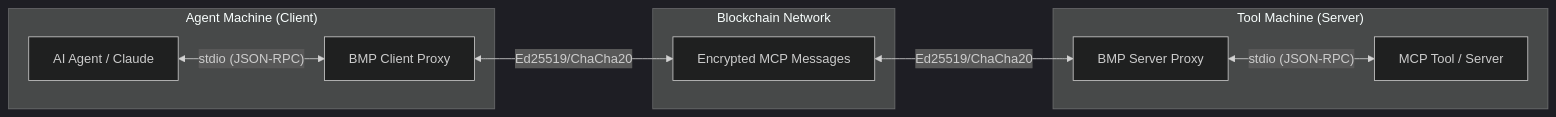
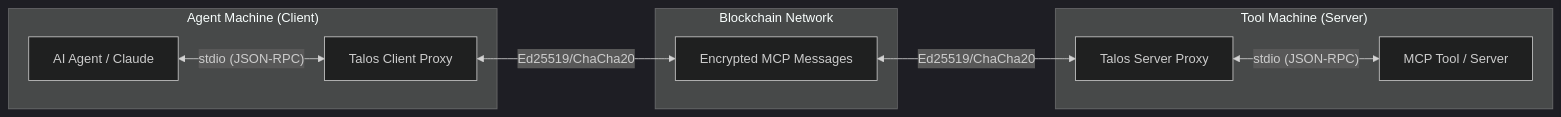
Before and after one commit to talosprotocol/talos: the diagram in docs/wiki/MCP-Integration.md, drawn with Mermaid (dark theme). The commit also changed other lines of this file and 8 other files, not shown here.

Commit message:
refactor: Rebrand Blockchain Messaging Protocol (BMP) to Talos and update project version to 2.0.6.

````diff
--- a/docs/wiki/MCP-Integration.md
+++ b/docs/wiki/MCP-Integration.md
@@ -14,21 +14,21 @@
 ```mermaid
 graph LR
     subgraph "Agent Machine (Client)"
         Agent[AI Agent / Claude]
-        CP[BMP Client Proxy]
+        CP[Talos Client Proxy]
     end
     
     subgraph "Blockchain Network"
         Msg[Encrypted MCP Messages]
     end
     
     subgraph "Tool Machine (Server)"
-        SP[BMP Server Proxy]
+        SP[Talos Server Proxy]
         Tool[MCP Tool / Server]
     end
     
     Agent <-->|"stdio (JSON-RPC)"| CP
     CP <-->|"Ed25519/ChaCha20"| Msg
     Msg <-->|"Ed25519/ChaCha20"| SP
     SP <-->|"stdio (JSON-RPC)"| Tool
 ```
````
